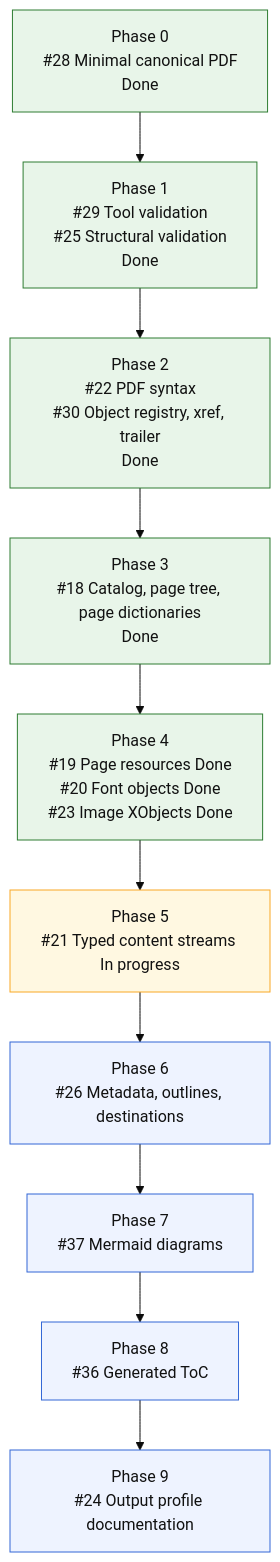
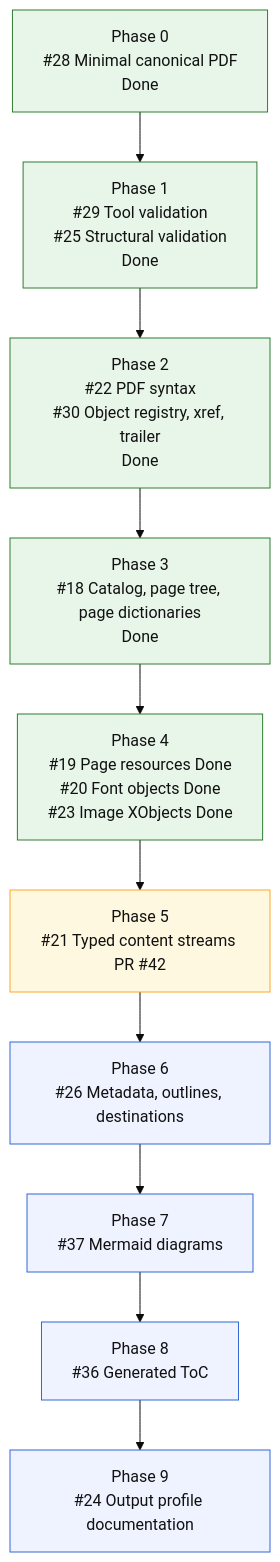
Before and after one commit to mihaelamj/MarkdownPDF: the diagram in README.md, drawn with Mermaid (base theme).

Commit message:
docs(readme): mark content streams in review

````diff
--- a/README.md
+++ b/README.md
@@ -126,22 +126,22 @@
 ```mermaid
 flowchart TD
     P0["Phase 0<br/>#28 Minimal canonical PDF<br/>Done"]
     P1["Phase 1<br/>#29 Tool validation<br/>#25 Structural validation<br/>Done"]
     P2["Phase 2<br/>#22 PDF syntax<br/>#30 Object registry, xref, trailer<br/>Done"]
     P3["Phase 3<br/>#18 Catalog, page tree, page dictionaries<br/>Done"]
     P4["Phase 4<br/>#19 Page resources Done<br/>#20 Font objects Done<br/>#23 Image XObjects Done"]
-    P5["Phase 5<br/>#21 Typed content streams In progress"]
+    P5["Phase 5<br/>#21 Typed content streams PR #42"]
     P6["Phase 6<br/>#26 Metadata, outlines, destinations"]
     P7["Phase 7<br/>#37 Mermaid diagrams"]
     P8["Phase 8<br/>#36 Generated ToC"]
     P9["Phase 9<br/>#24 Output profile documentation"]
 
     P0 --> P1 --> P2 --> P3 --> P4 --> P5 --> P6 --> P7 --> P8 --> P9
 
     classDef done fill:#e8f5e9,stroke:#2e7d32,color:#111;
     classDef next fill:#fff8e1,stroke:#f9a825,color:#111;
     classDef todo fill:#eef3ff,stroke:#3367d6,color:#111;
     class P0,P1,P2,P3,P4 done;
     class P5 next;
     class P6,P7,P8,P9 todo;
 ```
````
